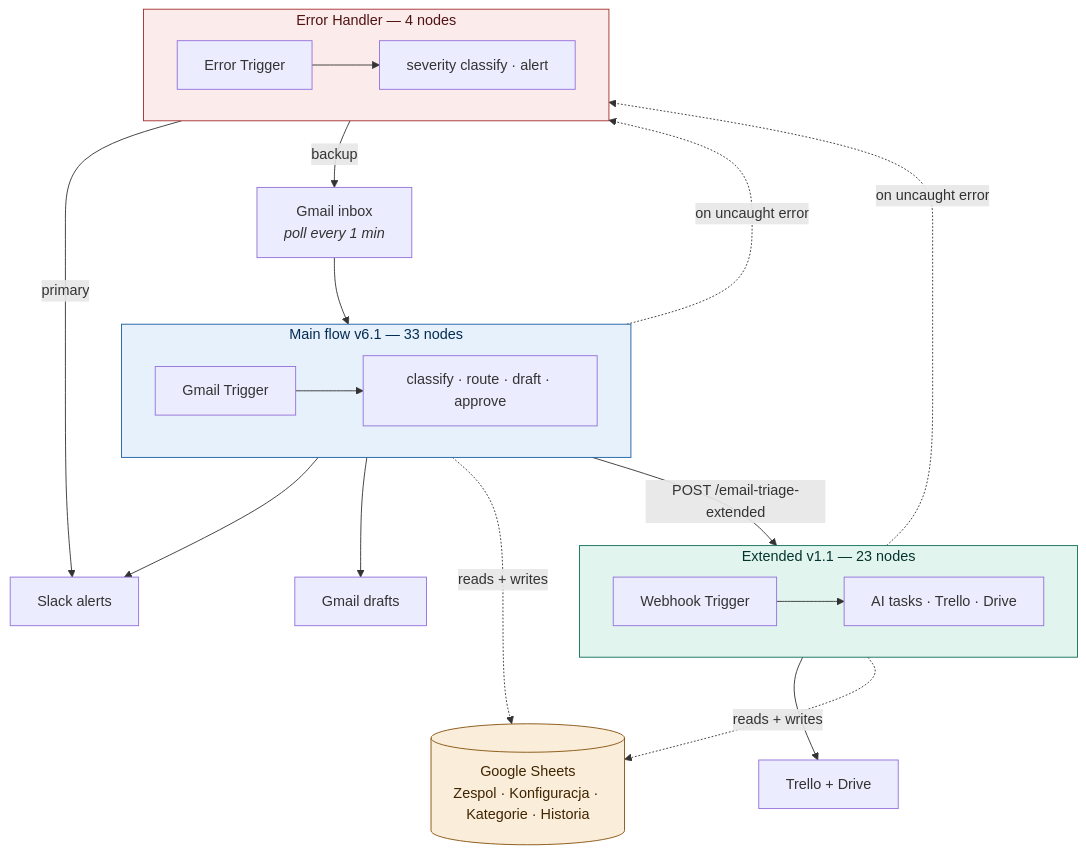
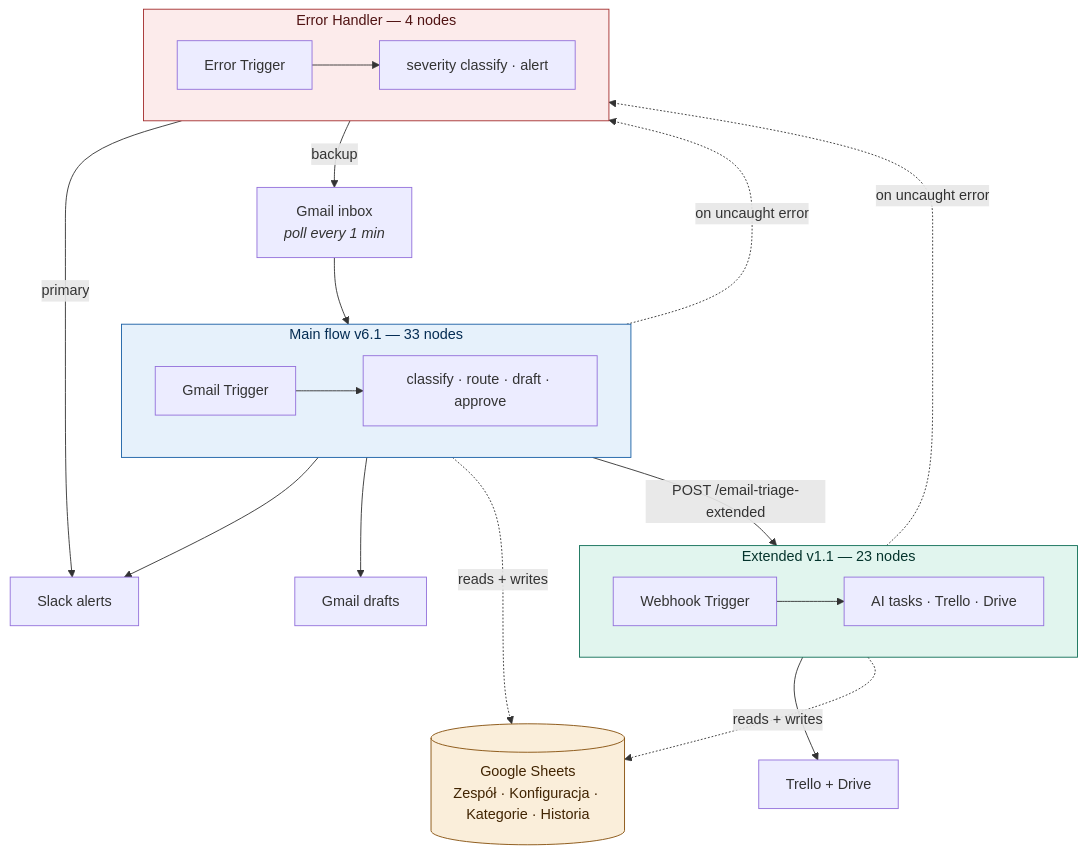
One commit to TatianaG-ka/n8n-automation-portfolio changed the first of 2 diagrams in email-classification-system /README.md. Above: the diagram before and after it, drawn with Mermaid. The commit also changed other lines of this file, not shown here.

````diff
--- a/email-classification-system /README.md
+++ b/email-classification-system /README.md
@@ -17,48 +25,48 @@
 ```mermaid
 flowchart TB
     Gmail[Gmail inbox<br/><i>poll every 1 min</i>]
 
     subgraph Main["Main flow v6.1 — 33 nodes"]
         direction LR
         MTrigger[Gmail Trigger] --> MProcess[classify · route · draft · approve]
     end
 
     subgraph Extended["Extended v1.1 — 23 nodes"]
         direction LR
         ETrigger[Webhook Trigger] --> EProcess[AI tasks · Trello · Drive]
     end
 
     subgraph ErrorH["Error Handler — 4 nodes"]
         direction LR
         ErrTrigger[Error Trigger] --> ErrProcess[severity classify · alert]
     end
 
-    Sheets[(Google Sheets<br/>Zespol · Konfiguracja · Kategorie · Historia)]
+    Sheets[(Google Sheets<br/>Zespół · Konfiguracja · Kategorie · Historia)]
     Slack[Slack alerts]
     Drafts[Gmail drafts]
     External[Trello + Drive]
 
     Gmail --> MTrigger
     MProcess -->|POST /email-triage-extended| ETrigger
     MProcess --> Slack
     MProcess --> Drafts
     EProcess --> External
 
     Main -.reads + writes.-> Sheets
     Extended -.reads + writes.-> Sheets
 
     Main -.on uncaught error.-> ErrTrigger
     Extended -.on uncaught error.-> ErrTrigger
     ErrProcess -->|primary| Slack
     ErrProcess -->|backup| Gmail
 
     classDef main fill:#E6F1FB,stroke:#185FA5,color:#042C53
     classDef extended fill:#E1F5EE,stroke:#0F6E56,color:#04342C
     classDef error fill:#FCEBEB,stroke:#A32D2D,color:#501313
     classDef shared fill:#FAEEDA,stroke:#854F0B,color:#412402
 
     class Main main
     class Extended extended
     class ErrorH error
     class Sheets shared
 ```
````
